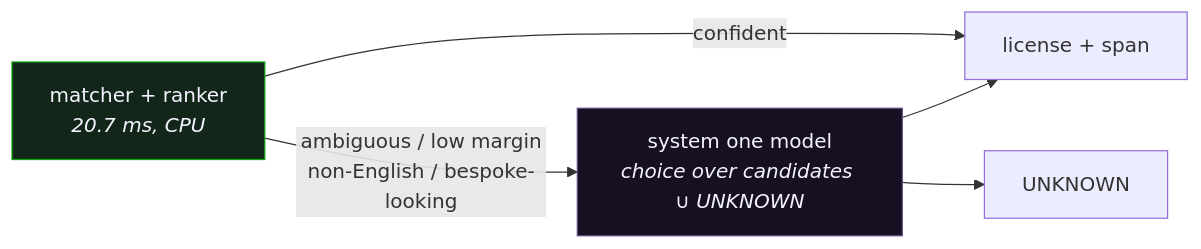
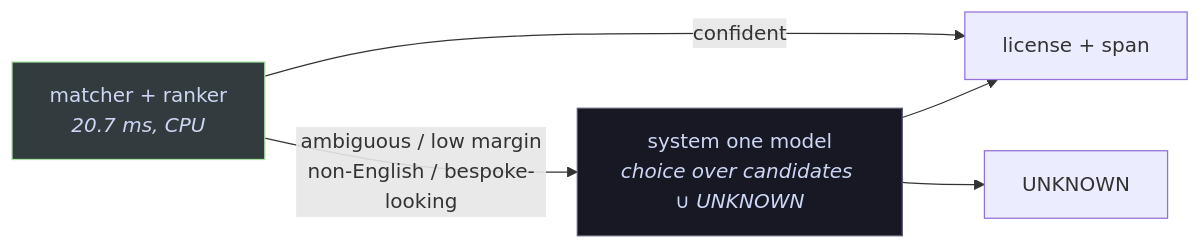
The diagram in src/posts/gsoc-fossology-license-identification.mdx (rycerzes/website), drawn with Mermaid before and after one commit. The commit also changed 5 other files, not shown here.

Commit message:
style: use catppuccin mocha for code highlighting and post diagrams

````diff
--- a/src/posts/gsoc-fossology-license-identification.mdx
+++ b/src/posts/gsoc-fossology-license-identification.mdx
@@ -271,10 +271,10 @@
 ```mermaid
 flowchart LR
     M["matcher + ranker<br/><i>20.7 ms, CPU</i>"] -->|"confident"| A["license + span"]
     M -->|"ambiguous / low margin<br/>non-English / bespoke-looking"| S["system one model<br/><i>choice over candidates ∪ UNKNOWN</i>"]
     S --> A
     S --> U["UNKNOWN"]
 
-    style M fill:#12261a,stroke:#0ca30c,color:#f5f3ff
-    style S fill:#161022,stroke:#5f4e7d,color:#f5f3ff
+    style M fill:#323c3f,stroke:#a6e3a1,color:#cdd6f4
+    style S fill:#181825,stroke:#585b70,color:#cdd6f4
 ```
````
